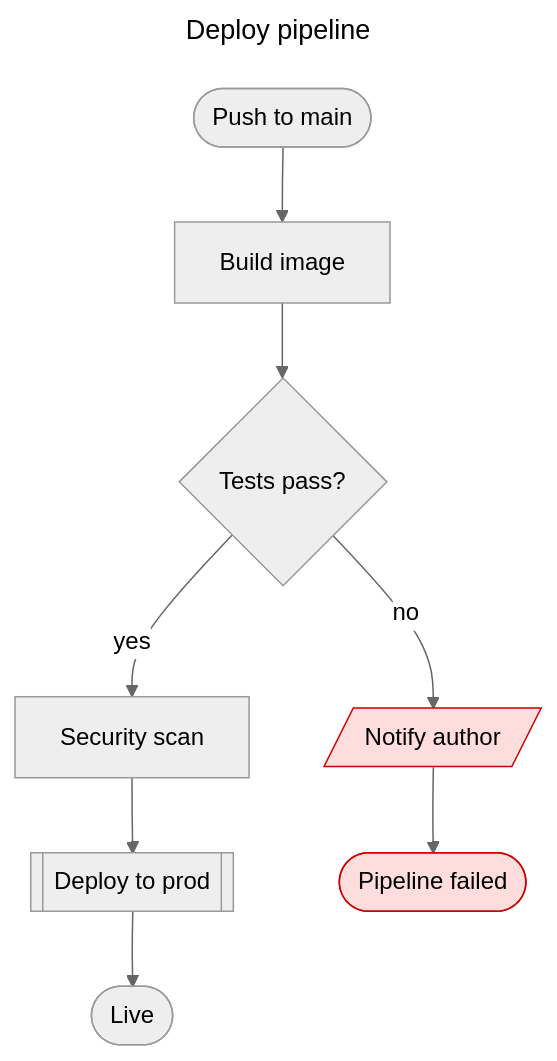
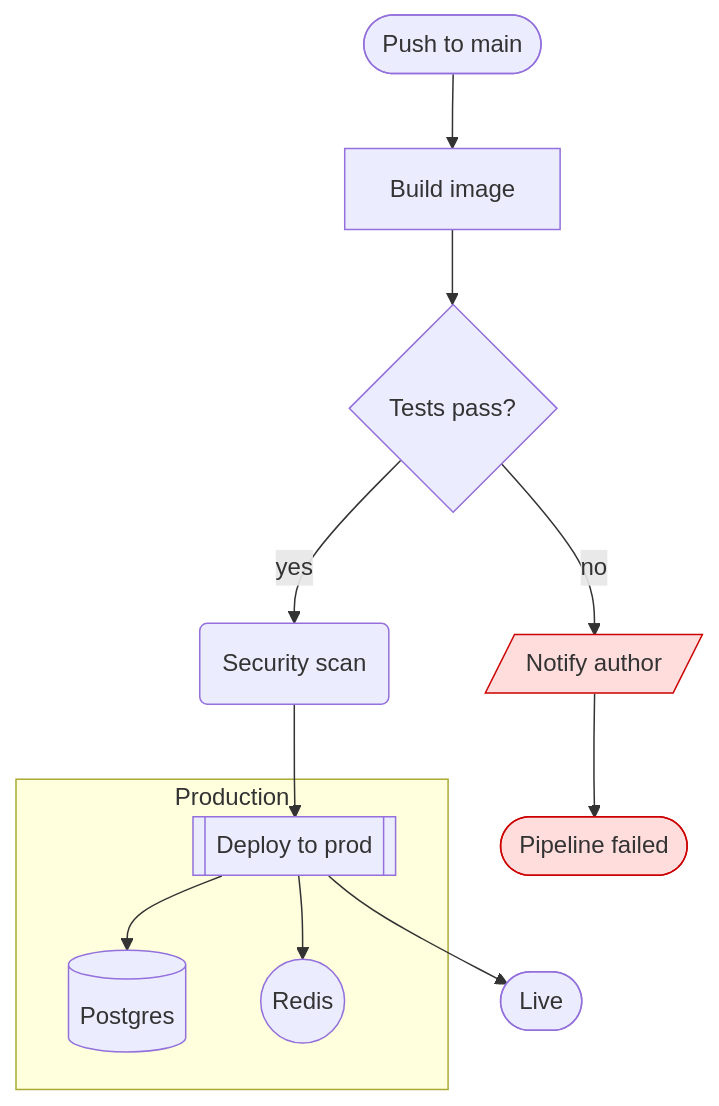
One commit to klesajos/grimoire changed the fourth of 4 diagrams in plugins/archmage/skills/mermaid/reference/flowchart.md. Above: the diagram before and after it, drawn with Mermaid. The commit also changed other lines of this file and 85 other files, not shown here.

First line of the commit message:
Illustrate archmage reference files with example diagrams

````diff
--- a/plugins/archmage/skills/mermaid/reference/flowchart.md
+++ b/plugins/archmage/skills/mermaid/reference/flowchart.md
@@ -123,18 +130,19 @@
 ```mermaid
----
-title: Deploy pipeline
-config:
-  theme: neutral
----
 flowchart TD
   Start([Push to main]) --> Build[Build image]
   Build --> Test{Tests pass?}
-  Test -->|yes| Scan[Security scan]
+  Test -->|yes| Scan(Security scan)
   Test -->|no| Fail[/Notify author/]
-  Scan --> Deploy[[Deploy to prod]]
+  Scan --> Deploy
+
+  subgraph Production
+    Deploy[[Deploy to prod]] --> DB[(Postgres)]
+    Deploy --> Cache((Redis))
+  end
+
   Deploy --> Done([Live])
-  Fail --> Done2([Pipeline failed])
+  Fail --> Failed([Pipeline failed])
 
   classDef bad fill:#fdd,stroke:#c00;
-  class Fail,Done2 bad;
+  class Fail,Failed bad;
 ```
````
